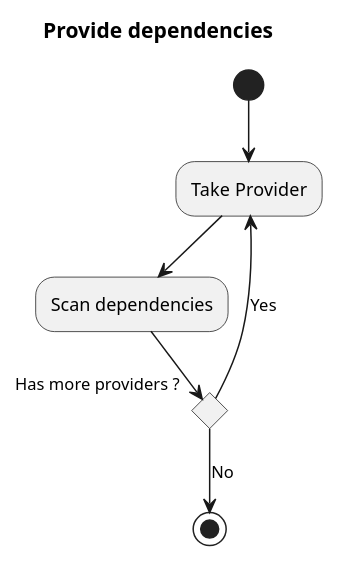
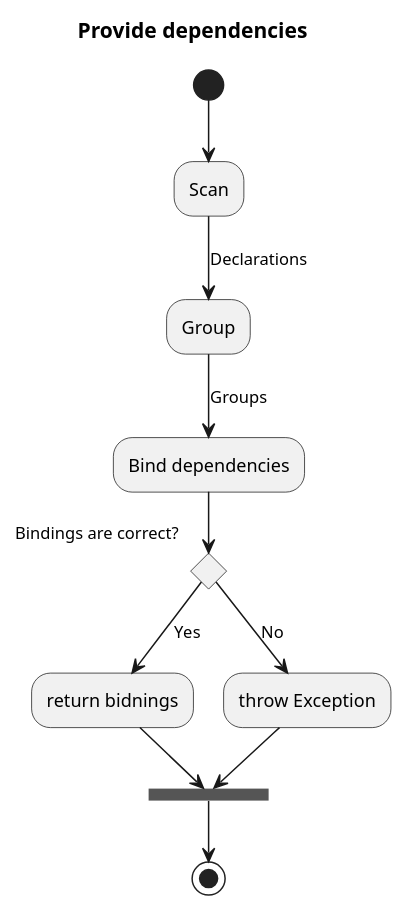
Before and after one commit to Voiteh/Dependator: the diagram in design/activity/Provide dependencies.puml, drawn with PlantUML. The commit also changed 24 other files, not shown here.

```diff
--- a/design/activity/Provide dependencies.puml
+++ b/design/activity/Provide dependencies.puml
@@ -1,7 +1,11 @@
 title Provide dependencies
-(*) --> Take Provider 
---> Scan dependencies
-if "Has more providers ?" then 
--->[Yes] Take Provider 
+(*) --> Scan
+-->[Declarations] Group 
+-->[Groups] Bind dependencies
+if "Bindings are correct?" then
+-->[Yes] return bidnings
+--> ==END==
 else 
--->[No] (*)
+-->[No] throw Exception
+--> ==END==
+-->(*)
```
